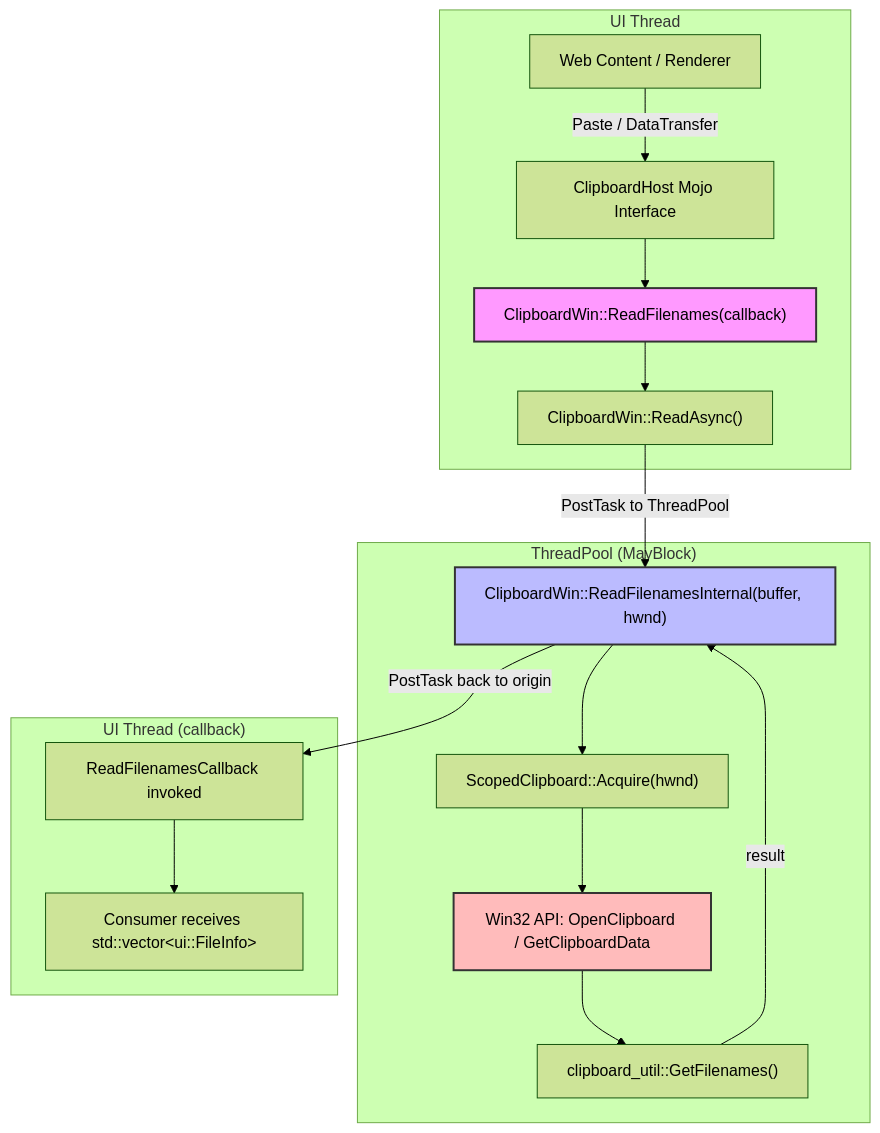
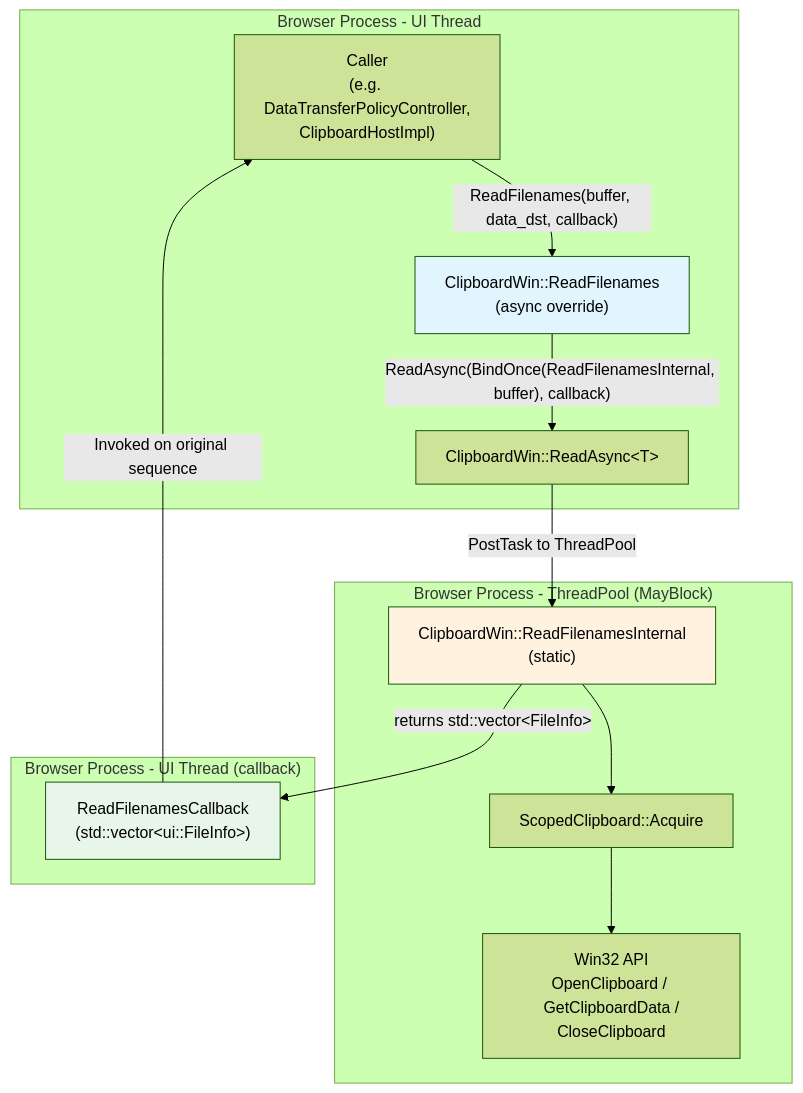
Before and after one commit to roraja/cr-llm-docs: the first of 3 diagrams in fixes/cl-7556734-20260213/hld.md, drawn with Mermaid (forest theme). The commit also changed other lines of this file, not shown here.

````diff
--- a/fixes/cl-7556734-20260213/hld.md
+++ b/fixes/cl-7556734-20260213/hld.md
@@ -34,36 +30,30 @@
 ```mermaid
 graph TB
-    subgraph "UI Thread"
-        A[Web Content / Renderer]
-        B[ClipboardHost Mojo Interface]
-        C["ClipboardWin::ReadFilenames(callback)"]
-        D["ClipboardWin::ReadAsync()"]
+    subgraph "Browser Process - UI Thread"
+        Caller["Caller<br/>(e.g. DataTransferPolicyController,<br/>ClipboardHostImpl)"]
+        CWin_Async["ClipboardWin::ReadFilenames<br/>(async override)"]
+        ReadAsync["ClipboardWin::ReadAsync&lt;T&gt;"]
     end
 
-    subgraph "ThreadPool (MayBlock)"
-        E["ClipboardWin::ReadFilenamesInternal(buffer, hwnd)"]
-        F["ScopedClipboard::Acquire(hwnd)"]
-        G["Win32 API: OpenClipboard / GetClipboardData"]
-        H["clipboard_util::GetFilenames()"]
+    subgraph "Browser Process - ThreadPool (MayBlock)"
+        Internal["ClipboardWin::ReadFilenamesInternal<br/>(static)"]
+        ScopedCB["ScopedClipboard::Acquire"]
+        Win32["Win32 API<br/>OpenClipboard / GetClipboardData /<br/>CloseClipboard"]
     end
 
-    subgraph "UI Thread (callback)"
-        I["ReadFilenamesCallback invoked"]
-        J["Consumer receives std::vector&lt;ui::FileInfo&gt;"]
+    subgraph "Browser Process - UI Thread (callback)"
+        Callback["ReadFilenamesCallback<br/>(std::vector&lt;ui::FileInfo&gt;)"]
     end
 
-    A -->|"Paste / DataTransfer"| B
-    B --> C
-    C --> D
-    D -->|"PostTask to ThreadPool"| E
-    E --> F
-    F --> G
-    G --> H
-    H -->|"result"| E
-    E -->|"PostTask back to origin"| I
-    I --> J
+    Caller -->|"ReadFilenames(buffer, data_dst, callback)"| CWin_Async
+    CWin_Async -->|"ReadAsync(BindOnce(ReadFilenamesInternal, buffer), callback)"| ReadAsync
+    ReadAsync -->|"PostTask to ThreadPool"| Internal
+    Internal --> ScopedCB
+    ScopedCB --> Win32
+    Internal -->|"returns std::vector&lt;FileInfo&gt;"| Callback
+    Callback -->|"Invoked on original sequence"| Caller
 
-    style C fill:#f9f,stroke:#333,stroke-width:2px
-    style E fill:#bbf,stroke:#333,stroke-width:2px
-    style G fill:#fbb,stroke:#333,stroke-width:2px
+    style CWin_Async fill:#e1f5fe
+    style Internal fill:#fff3e0
+    style Callback fill:#e8f5e9
 ```
````
